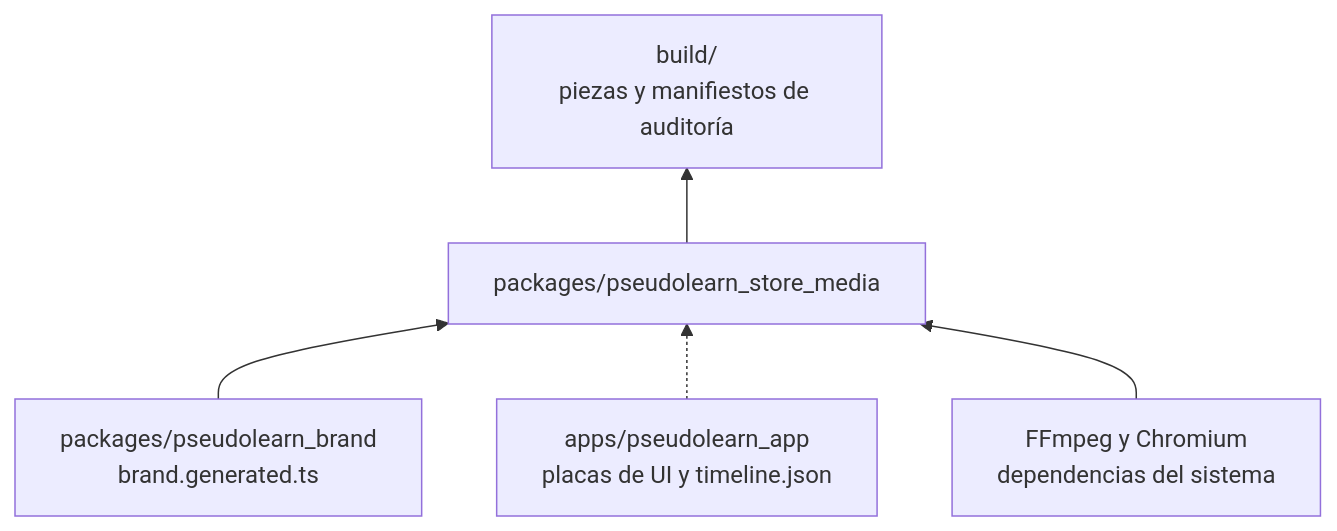
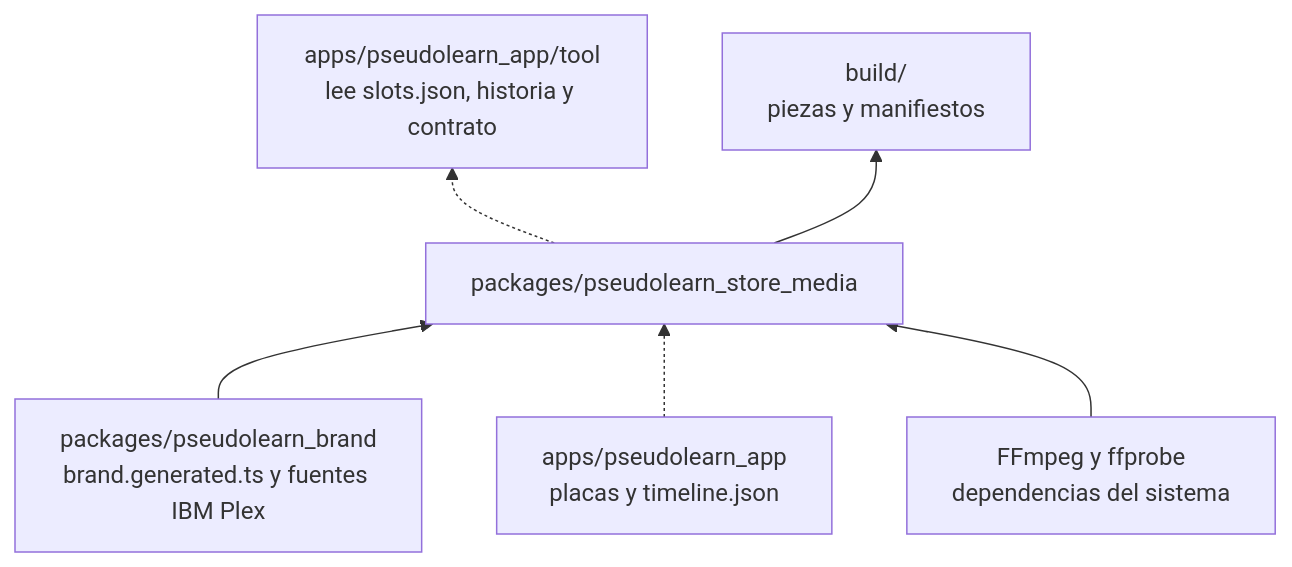
The first of 4 diagrams in packages/pseudolearn_store_media/README.md (cgutieco/pseudolearn), drawn with Mermaid before and after one commit. The commit also changed other lines of this file and 14 other files, not shown here.

Commit message:
docs(README): enhance clarity and structure of architecture and operational guidelines sections

````diff
--- a/packages/pseudolearn_store_media/README.md
+++ b/packages/pseudolearn_store_media/README.md
@@ -15,7 +12,8 @@
 ```mermaid
 flowchart BT
-    brand["packages/pseudolearn_brand<br/>brand.generated.ts"] --> media["packages/pseudolearn_store_media"]
-    app["apps/pseudolearn_app<br/>placas de UI y timeline.json"] -.-> media
-    tools["FFmpeg y Chromium<br/>dependencias del sistema"] --> media
-    media --> out["build/<br/>piezas y manifiestos de auditoría"]
+    brand["packages/pseudolearn_brand<br/>brand.generated.ts y fuentes IBM Plex"] --> media["packages/pseudolearn_store_media"]
+    app["apps/pseudolearn_app<br/>placas y timeline.json"] -.-> media
+    tools["FFmpeg y ffprobe<br/>dependencias del sistema"] --> media
+    media -.-> appTool["apps/pseudolearn_app/tool<br/>lee slots.json, historia y contrato"]
+    media --> out["build/<br/>piezas y manifiestos"]
 ```
````
